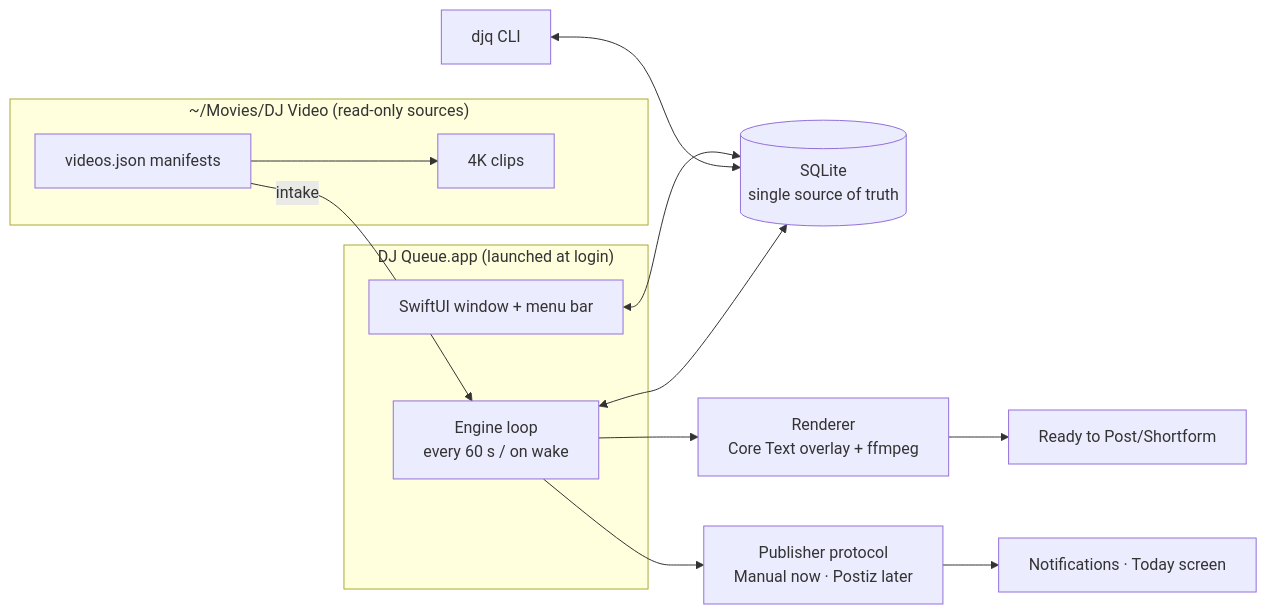
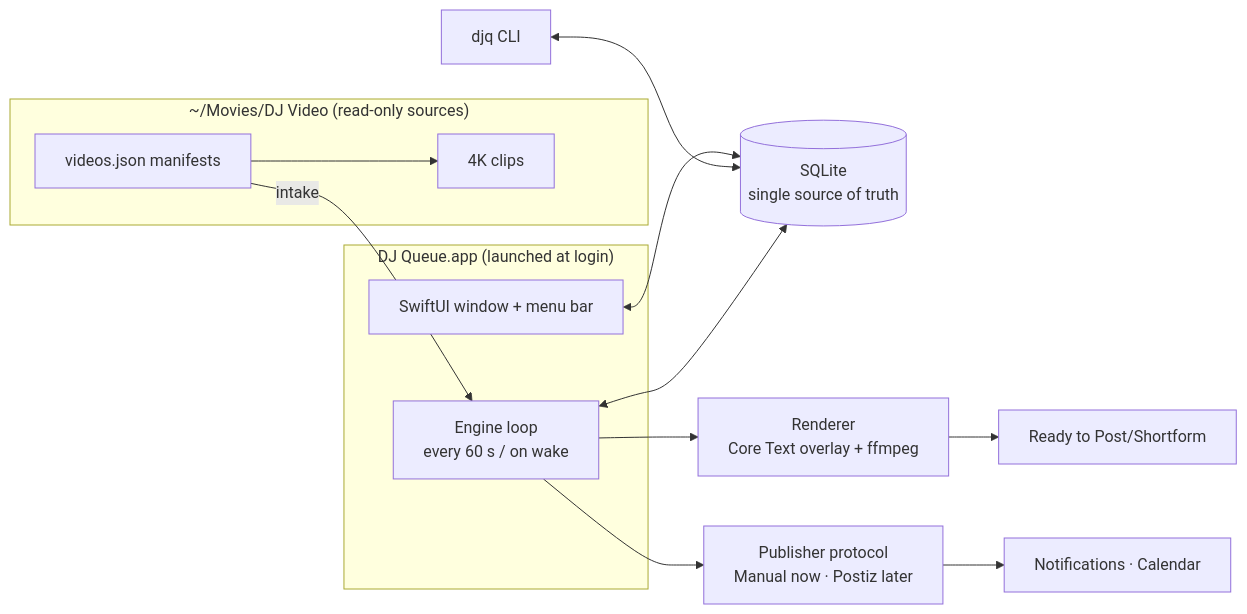
The diagram in README.md (EricIshekwene/dj-queue), drawn with Mermaid before and after one commit. The commit also changed other lines of this file and 8 other files, not shown here.

````diff
--- a/README.md
+++ b/README.md
@@ -43,20 +44,20 @@
 ```mermaid
 flowchart LR
   subgraph Disk["~/Movies/DJ Video (read-only sources)"]
     VJ[videos.json manifests] --> CL[4K clips]
   end
   subgraph App["DJ Queue.app (launched at login)"]
     UI[SwiftUI window + menu bar]
     ENG[Engine loop<br/>every 60 s / on wake]
   end
   CLI[djq CLI]
   DB[(SQLite<br/>single source of truth)]
   R[Renderer<br/>Core Text overlay + ffmpeg]
   P[Publisher protocol<br/>Manual now · Postiz later]
   VJ -- intake --> ENG
   UI <--> DB
   CLI <--> DB
   ENG <--> DB
   ENG --> R --> OUT[Ready to Post/Shortform]
-  ENG --> P --> N[Notifications · Today screen]
+  ENG --> P --> N[Notifications · Calendar]
 ```
````
